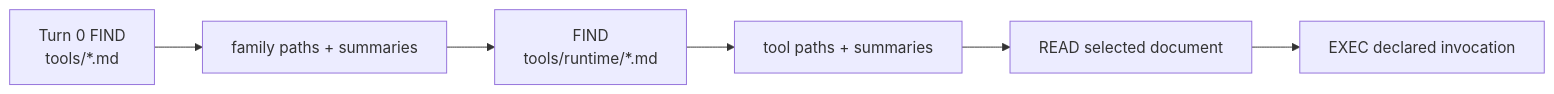
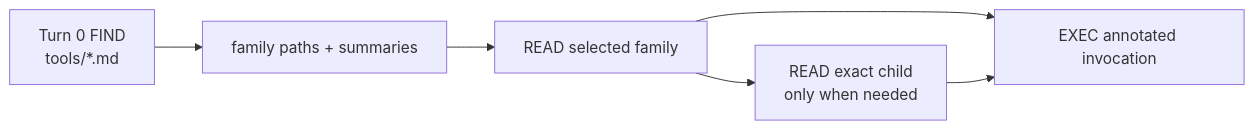
One commit to plurnk/plurnk-service changed diagram 20 of 20 in plurnk-core/SPEC.md. Above: the diagram before and after it, drawn with Mermaid. The commit also changed other lines of this file and 78 other files, not shown here.

````diff
--- a/plurnk-core/SPEC.md
+++ b/plurnk-core/SPEC.md
@@ -3110,8 +3116,8 @@
 ```mermaid
 flowchart LR
     Survey["Turn 0 FIND<br/>tools/*.md"] --> Families["family paths + summaries"]
-    Families --> Drill["FIND<br/>tools/runtime/*.md"]
-    Drill --> Tools["tool paths + summaries"]
-    Tools --> Read["READ selected document"]
-    Read --> Exec["EXEC declared invocation"]
+    Families --> Read["READ selected family"]
+    Read --> Exec["EXEC annotated invocation"]
+    Read --> Detail["READ exact child<br/>only when needed"]
+    Detail --> Exec
 ```
````
